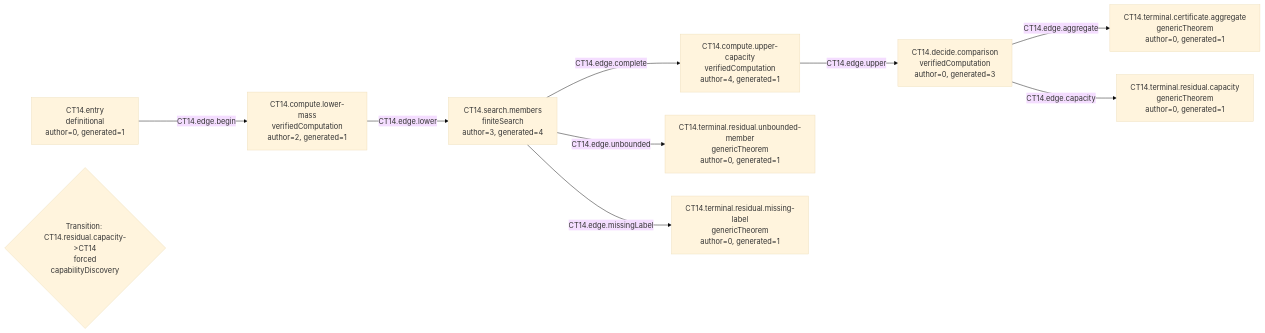
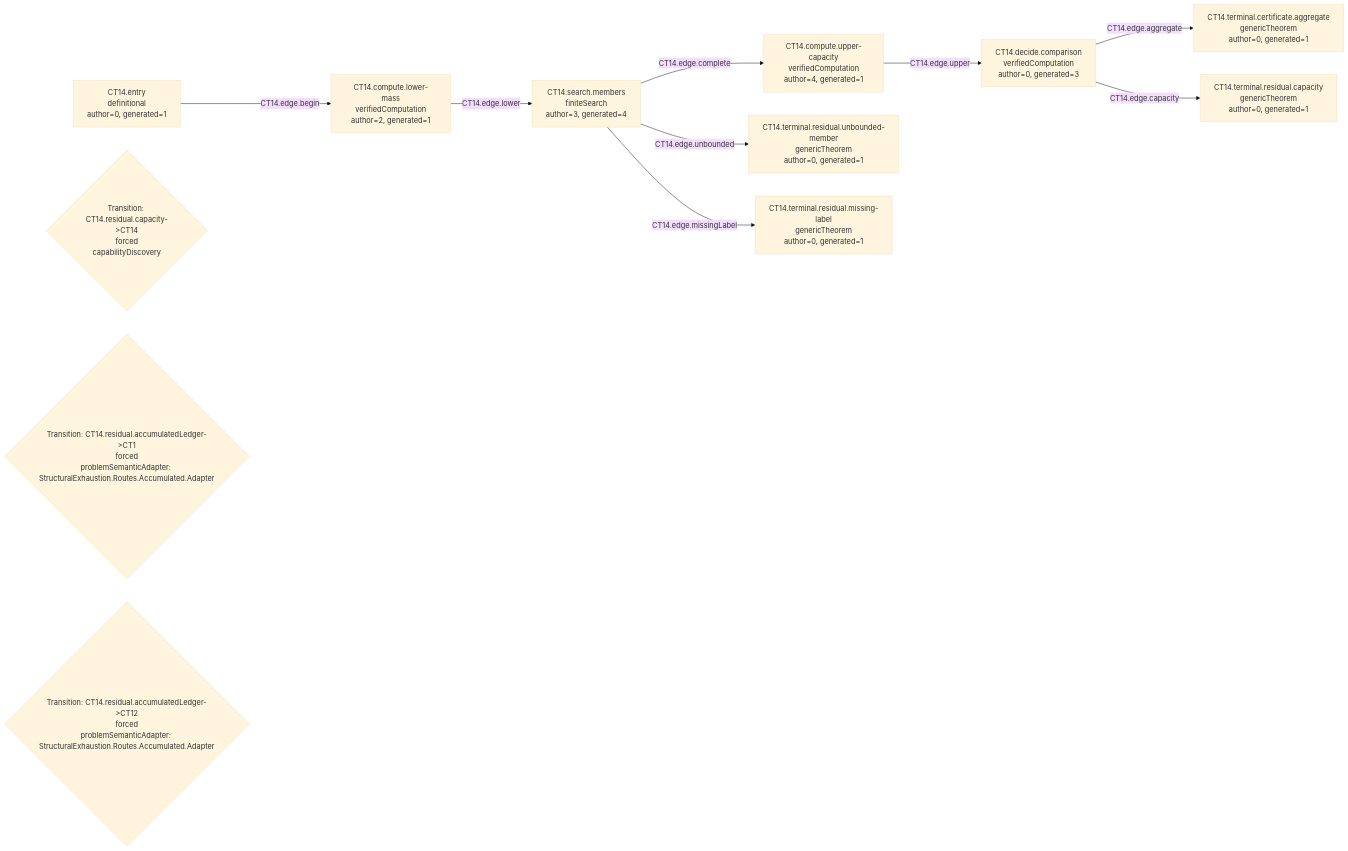
The diagram in generated/mermaid/CT14.mmd (Guillemdb/structural_exhaustion), drawn with Mermaid (base theme) before and after one commit. The commit also changed 189 other files, not shown here.

```diff
--- a/generated/mermaid/CT14.mmd
+++ b/generated/mermaid/CT14.mmd
@@ -1,19 +1,21 @@
 flowchart LR
   N1["CT14.entry<br/>definitional<br/>author=0, generated=1"]
   N2["CT14.compute.lower-mass<br/>verifiedComputation<br/>author=2, generated=1"]
   N3["CT14.search.members<br/>finiteSearch<br/>author=3, generated=4"]
   N4["CT14.compute.upper-capacity<br/>verifiedComputation<br/>author=4, generated=1"]
   N5["CT14.decide.comparison<br/>verifiedComputation<br/>author=0, generated=3"]
   N6["CT14.terminal.residual.unbounded-member<br/>genericTheorem<br/>author=0, generated=1"]
   N7["CT14.terminal.residual.missing-label<br/>genericTheorem<br/>author=0, generated=1"]
   N8["CT14.terminal.certificate.aggregate<br/>genericTheorem<br/>author=0, generated=1"]
   N9["CT14.terminal.residual.capacity<br/>genericTheorem<br/>author=0, generated=1"]
   N1 -->|CT14.edge.begin| N2
   N2 -->|CT14.edge.lower| N3
   N3 -->|CT14.edge.unbounded| N6
   N3 -->|CT14.edge.missingLabel| N7
   N3 -->|CT14.edge.complete| N4
   N4 -->|CT14.edge.upper| N5
   N5 -->|CT14.edge.aggregate| N8
   N5 -->|CT14.edge.capacity| N9
   P1{"Transition: CT14.residual.capacity->CT14<br/>forced<br/>capabilityDiscovery"}
+  P2{"Transition: CT14.residual.accumulatedLedger->CT1<br/>forced<br/>problemSemanticAdapter: StructuralExhaustion.Routes.Accumulated.Adapter"}
+  P3{"Transition: CT14.residual.accumulatedLedger->CT12<br/>forced<br/>problemSemanticAdapter: StructuralExhaustion.Routes.Accumulated.Adapter"}
```
